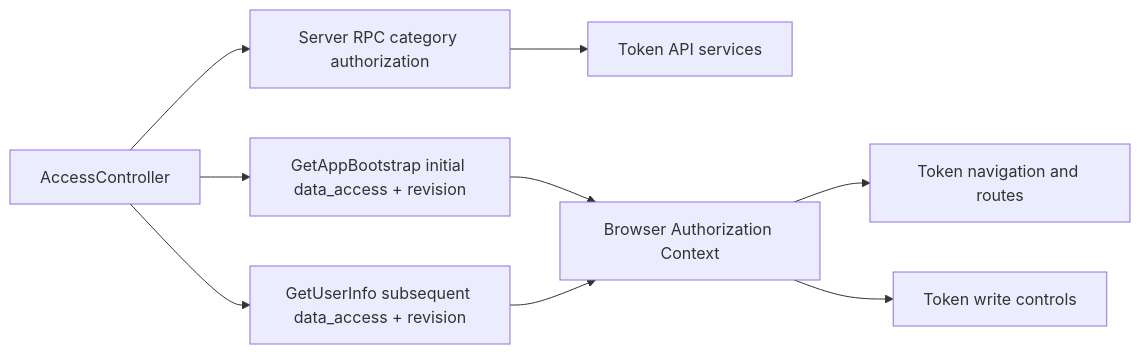
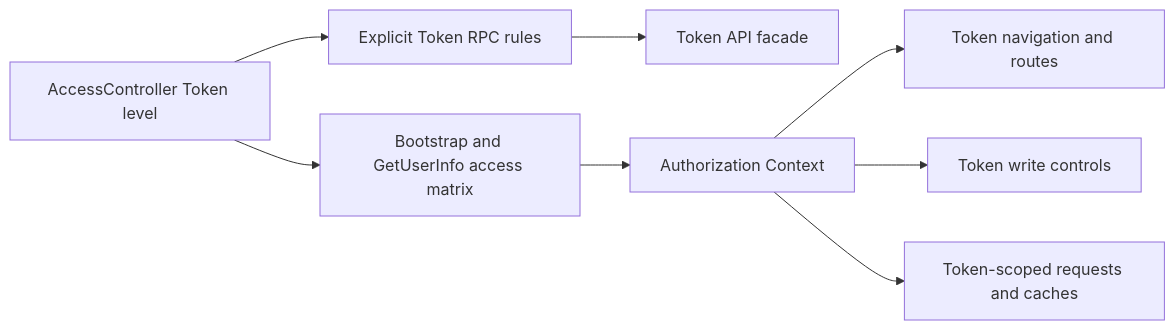
Before and after one commit to useryege/athena-o: the diagram in docs/design/token-intelligence/access-control.md, drawn with Mermaid. The commit also changed other lines of this file and 67 other files, not shown here.

````diff
--- a/docs/design/token-intelligence/access-control.md
+++ b/docs/design/token-intelligence/access-control.md
@@ -28,11 +30,10 @@
 ```mermaid
 flowchart LR
-    C["AccessController"] --> A["Server RPC category authorization"]
-    A --> T["Token API services"]
-    C --> B["GetAppBootstrap initial data_access + revision"]
-    C --> I["GetUserInfo subsequent data_access + revision"]
-    B --> U["Browser Authorization Context"]
-    I --> U
+    C["AccessController Token level"] --> R["Explicit Token RPC rules"]
+    R --> T["Token API facade"]
+    C --> S["Bootstrap and GetUserInfo access matrix"]
+    S --> U["Authorization Context"]
     U --> N["Token navigation and routes"]
     U --> W["Token write controls"]
+    U --> Q["Token-scoped requests and caches"]
 ```
````
